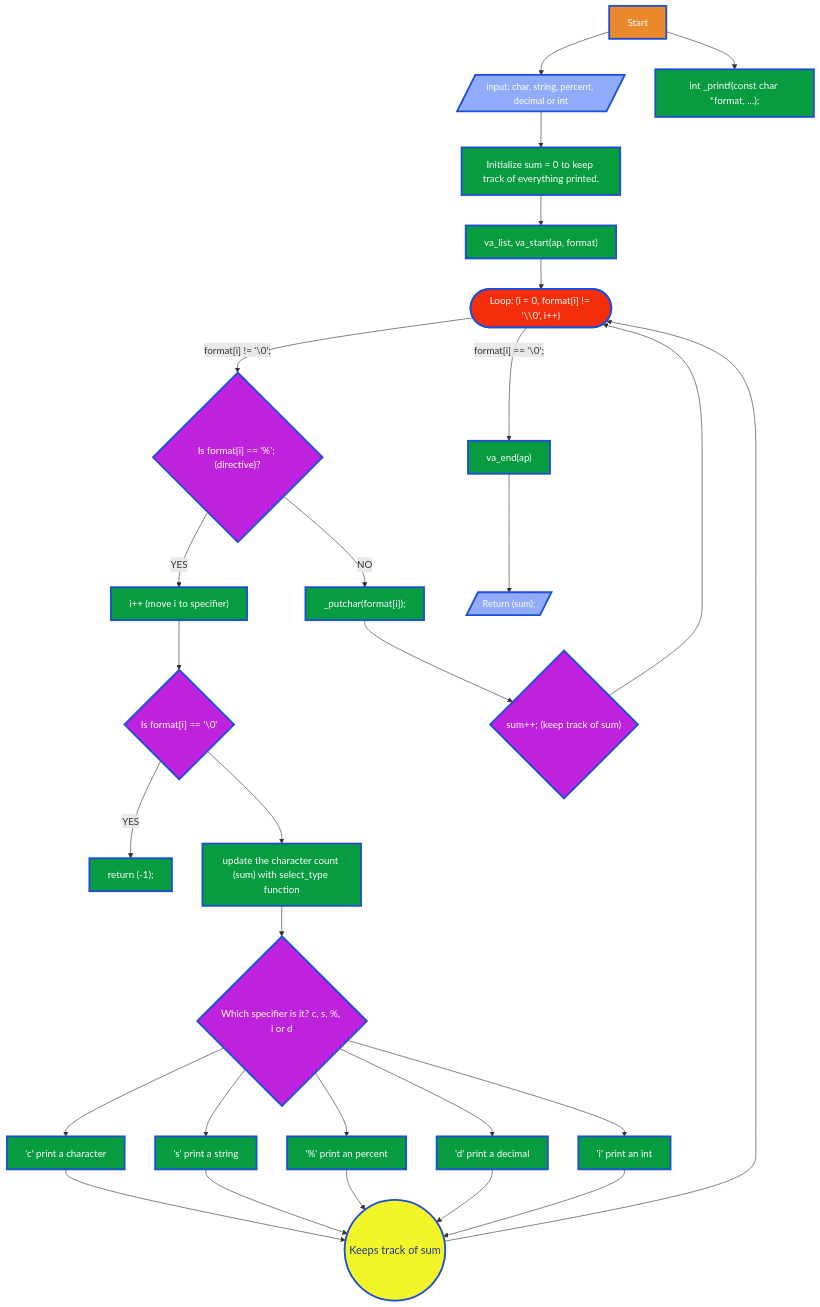
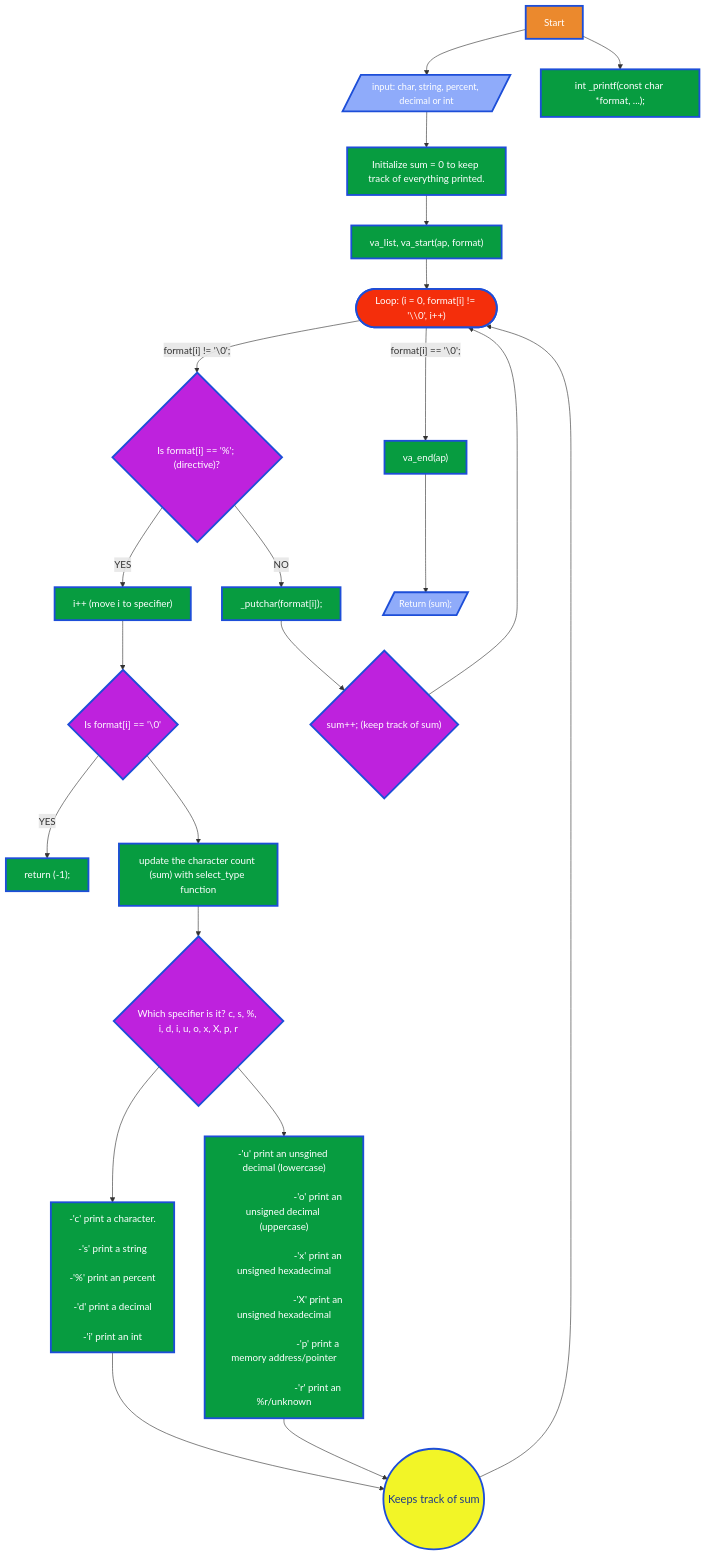
One commit to juliangf94/holbertonschool-printf changed the diagram in README.md. Above: the diagram before and after it, drawn with Mermaid.

Commit message:
Fix the README.md file

````diff
--- a/README.md
+++ b/README.md
@@ -124,48 +124,57 @@
 ```mermaid
 flowchart TB
     A["Start"] --> B[/"input: char, string, percent, decimal or int"/]
     A --> C["int _printf(const char *format, ...);"]
     B --> D["Initialize sum = 0 to keep track of everything printed."]
     D --> E["va_list, va_start(ap, format)"]
     %%E --> F{"Is format == NULL?"}
         %% NULL check
         %% F -- YES --> G[/"return (-1)"/]
         E --> AA(["Loop: (i = 0, format[i] != '\\0', i++)"])
             %% Loop start
             AA -- format[i] != '\0';--> AB{"Is format[i] == '%'; (directive)?"}
                 %% Directive found
                 AB -- YES --> AC["i++ (move i to specifier)"]
                 AC --> ACA{"Is format[i] == '\0'"}
                 ACA -- YES --> ACB["return (-1);"]
                 ACA --> ACC["update the character count (sum) with select_type function"]
-                        ACC --> AD{"Which specifier is it? c, s, %, i or d"}
-                            AD --> AE["'c' print a character"] & AF["'s' print a string"] & AG["'%' print an percent"] & AH["'d' print a decimal"] & AI["'i' print an int"]
-                            AE --> AJ(("Keeps track of sum"))
-                            AF --> AJ
-                            AG --> AJ
-                            AH --> AJ
-                            AI --> AJ
-                            AJ --> AA
-                %% Directive not found, prints regular character
+			ACC --> AD{"Which specifier is it? c, s, %, i, d, i, u, o, x, X, p, r"}
+                            AD --> AE[" 
+                            -'c' print a character.<br/>
+                            -'s' print a string<br/>
+                            -'%' print an percent<br/>
+                            -'d' print a decimal<br/>
+                            -'i' print an int<br/>"] & AF["
+                            -'u' print an unsgined decimal (lowercase)<br/>
+                            -'o' print an unsigned decimal (uppercase)<br/>
+                            -'x' print an unsigned hexadecimal<br/>
+                            -'X' print an unsigned hexadecimal<br/>
+                            -'p' print a memory address/pointer<br/>
+                            -'r' print an %r/unknown<br/>
+                            "]
+                       AE & AF --> AJ(("Keeps track of sum")) 
+                       AJ --> AA
+
+		%% Directive not found, prints regular character
                 AB -- NO --> BA["_putchar(format[i]);"]
                 BA --> BB{"sum++; (keep track of sum)" }
                     BB --> AA
             %% Loop End    
             AA -- format[i] == '\0';--> H["va_end(ap)"]
             H --> I[/"Return (sum);"/]
 
     %% Style
     classDef start fill:#EB892D,stroke:#1D4ED8,stroke-width:3px,color:white, font-size:16px;
     classDef process fill:#079C40,stroke:#1D4ED8,stroke-width:3px,color:white, font-size:16px;
     classDef data fill:#8FABFA,stroke:#1D4ED8,stroke-width:3px,color:white, font-size:15px;
     classDef loop fill:#F42E0B,stroke:#1D4ED8,stroke-width:3px,color:white, font-size:16px;
     classDef decision fill:#BE22DD,stroke:#1D4ED8,stroke-width:3px,color:white, font-size:16px;
     classDef connector fill:#F2F527,stroke:#1D4ED8,stroke-width:3px,color:#1E3A8A, font-size:18px;
 
     class A start;
-    class C,D,E,AC,ACB,ACC,AE,AF,AG,AH,AI,BA,H process;
+    class C,D,E,AC,ACB,ACC,AE,AF,BA,H process;
     class AA loop;
     class B,G,I data;
     class F,AB,AD,ACA,BB decision;
     class AJ connector;
 ```
````
